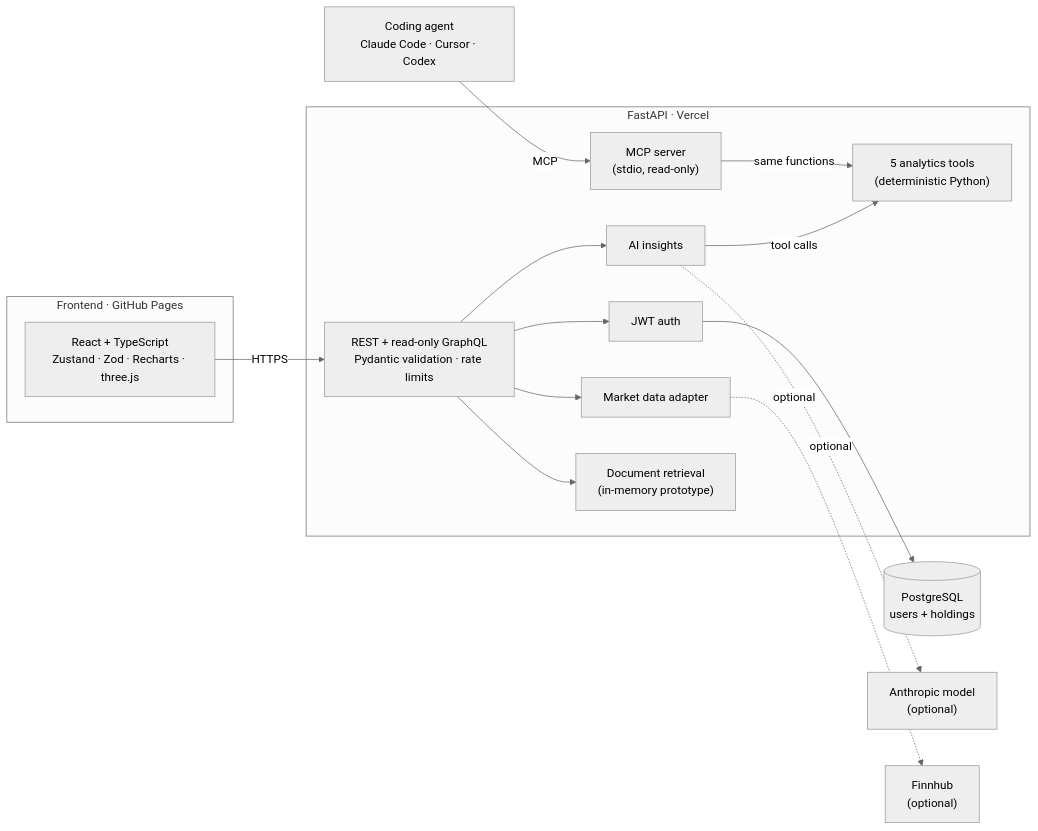
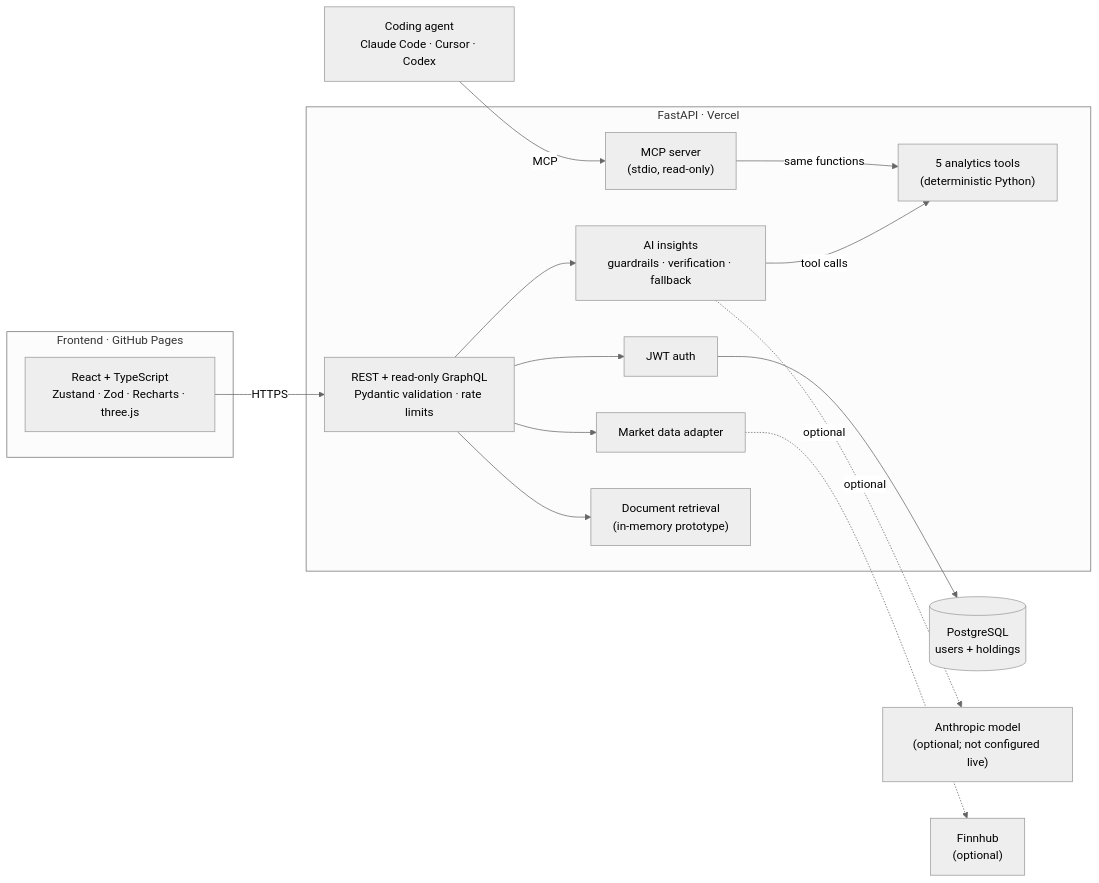
Before and after one commit to FarnazNK/finvision: the first of 2 diagrams in README.md, drawn with Mermaid (neutral theme). The commit also changed other lines of this file and 1 other file, not shown here.

````diff
--- a/README.md
+++ b/README.md
@@ -64,29 +78,29 @@
 ```mermaid
 flowchart LR
     subgraph FE["Frontend · GitHub Pages"]
         UI["React + TypeScript<br/>Zustand · Zod · Recharts · three.js"]
     end
 
     subgraph BE["FastAPI · Vercel"]
         API["REST + read-only GraphQL<br/>Pydantic validation · rate limits"]
         Auth["JWT auth"]
-        Insights["AI insights"]
+        Insights["AI insights<br/>guardrails · verification · fallback"]
         Tools["5 analytics tools<br/>(deterministic Python)"]
         MCP["MCP server<br/>(stdio, read-only)"]
         Market["Market data adapter"]
         Research["Document retrieval<br/>(in-memory prototype)"]
     end
 
     DB[("PostgreSQL<br/>users + holdings")]
-    LLM["Anthropic model<br/>(optional)"]
+    LLM["Anthropic model<br/>(optional; not configured live)"]
     Agent["Coding agent<br/>Claude Code · Cursor · Codex"]
     Finnhub["Finnhub<br/>(optional)"]
 
     UI -->|HTTPS| API
     API --> Auth --> DB
     API --> Insights -->|tool calls| Tools
     Insights -.->|optional| LLM
     API --> Market -.->|optional| Finnhub
     API --> Research
     Agent -->|MCP| MCP -->|same functions| Tools
 ```
````
